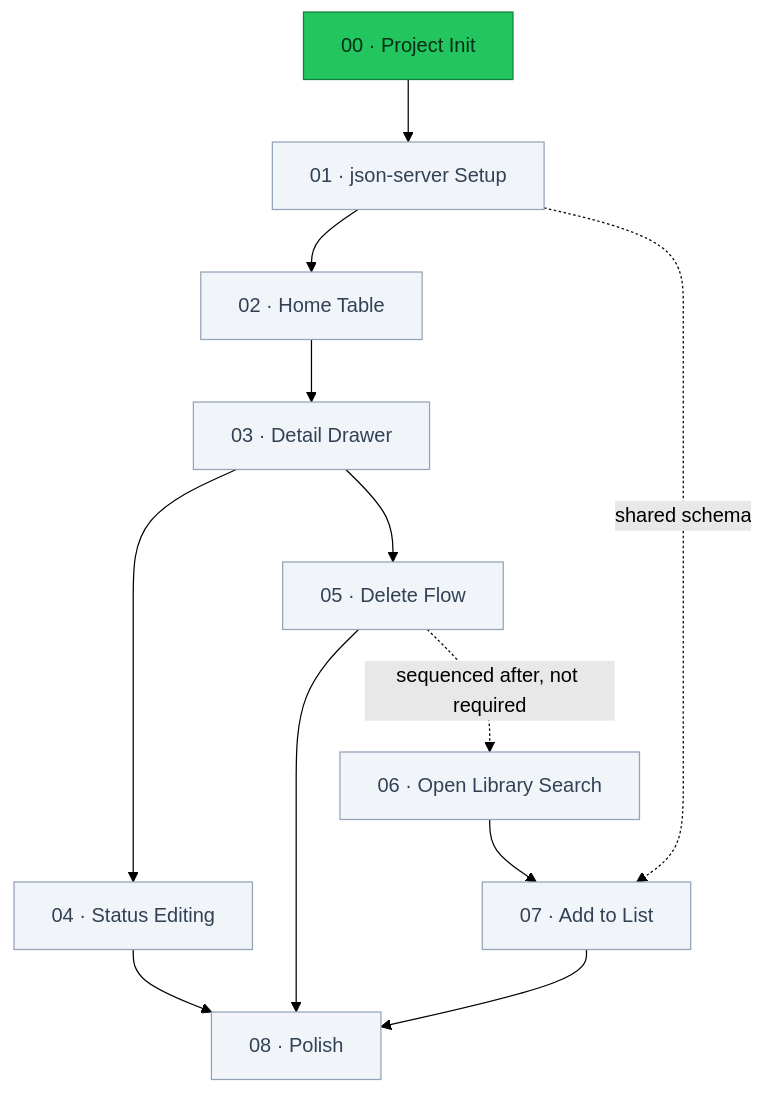
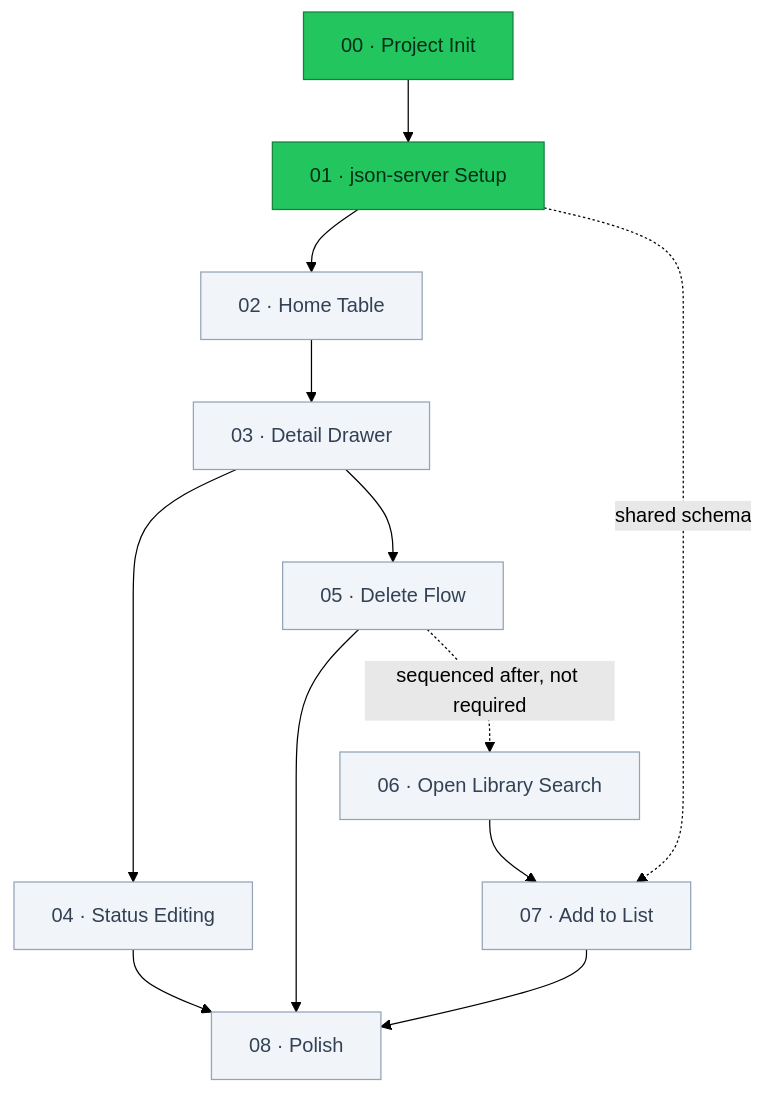
One commit to raki-rankawat/next-reading-list-app changed the first of 3 diagrams in README.md. Above: the diagram before and after it, drawn with Mermaid (forest theme). The commit also changed other lines of this file and 1 other file, not shown here.

````diff
--- a/README.md
+++ b/README.md
@@ -27,19 +27,19 @@
 ```mermaid
 flowchart TD
     F00["00 · Project Init"] --> F01["01 · json-server Setup"]
     F01 --> F02["02 · Home Table"]
     F02 --> F03["03 · Detail Drawer"]
     F03 --> F04["04 · Status Editing"]
     F03 --> F05["05 · Delete Flow"]
     F05 -.->|"sequenced after, not required"| F06["06 · Open Library Search"]
     F06 --> F07["07 · Add to List"]
     F01 -.->|"shared schema"| F07
     F04 --> F08["08 · Polish"]
     F05 --> F08
     F07 --> F08
 
     classDef done fill:#22c55e,stroke:#15803d,color:#052e16
     classDef todo fill:#f1f5f9,stroke:#94a3b8,color:#334155
-    class F00 done
-    class F01,F02,F03,F04,F05,F06,F07,F08 todo
+    class F00,F01 done
+    class F02,F03,F04,F05,F06,F07,F08 todo
 ```
````
